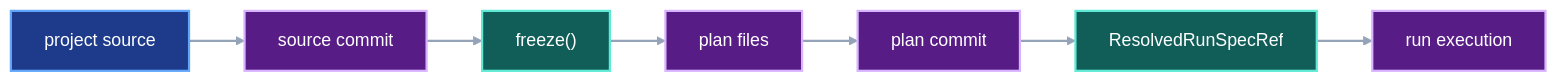
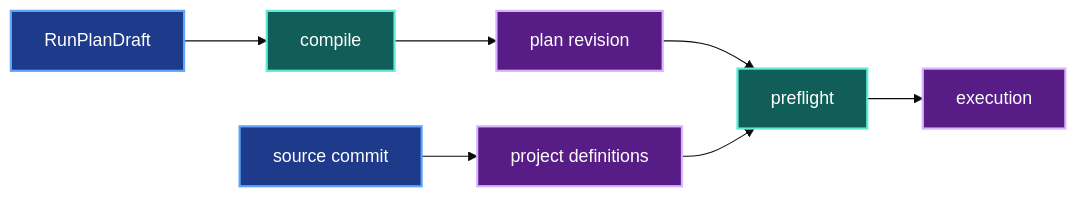
The third of 3 diagrams in docs/development/frozen-plan-git-identity.md (pvd232/viper), drawn with Mermaid (base theme) before and after one commit. The commit also changed other lines of this file and 19 other files, not shown here.

````diff
--- a/docs/development/frozen-plan-git-identity.md
+++ b/docs/development/frozen-plan-git-identity.md
@@ -111,16 +82,15 @@
 ```mermaid
 flowchart LR
-    Project["project source"] --> SourceCommit["source commit"]
-    SourceCommit --> Freeze["freeze()"]
-    Freeze --> Files["plan files"]
-    Files --> PlanCommit["plan commit"]
-    PlanCommit --> Resolve["ResolvedRunSpecRef"]
-    Resolve --> Run["run execution"]
-    class Project contract
-    class Freeze,Resolve implementation
-    class SourceCommit,Files,PlanCommit,Run output
+    Source["source commit"] --> Code["project definitions"]
+    Draft["RunPlanDraft"] --> Compile["compile"]
+    Compile --> Revision["plan revision"]
+    Revision --> Preflight["preflight"]
+    Code --> Preflight
+    Preflight --> Execute["execution"]
+    class Draft,Source contract
+    class Compile,Preflight implementation
+    class Code,Revision,Execute output
     classDef contract fill:#1e3a8a,stroke:#60a5fa,color:#ffffff,stroke-width:2px
     classDef implementation fill:#115e59,stroke:#5eead4,color:#ffffff,stroke-width:2px
     classDef output fill:#581c87,stroke:#d8b4fe,color:#ffffff,stroke-width:2px
-    linkStyle default stroke:#94a3b8,stroke-width:2px
 ```
````
